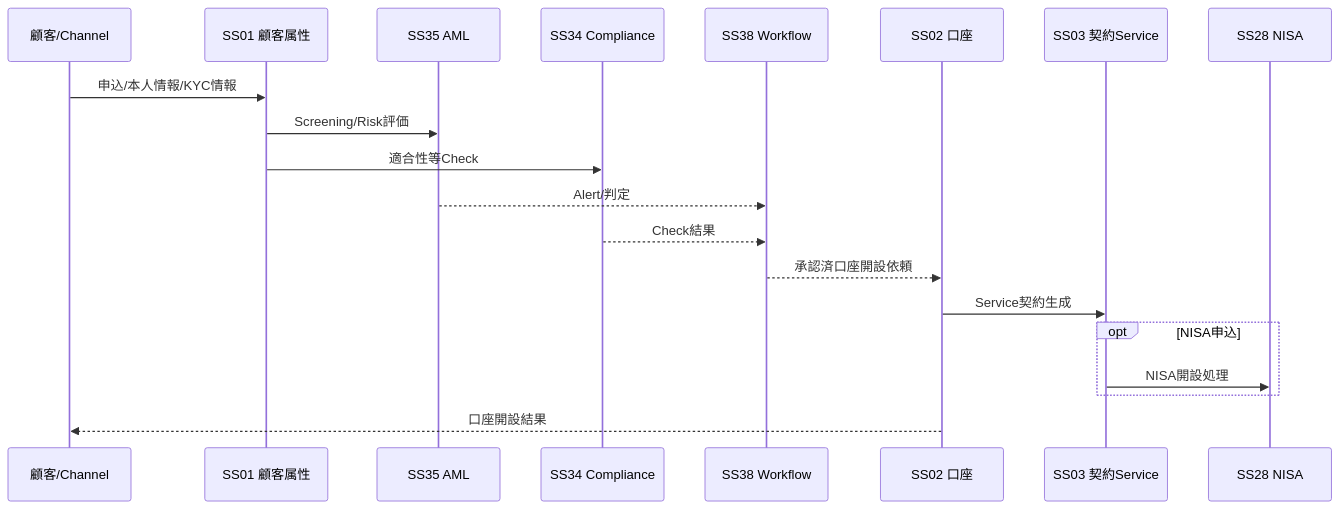
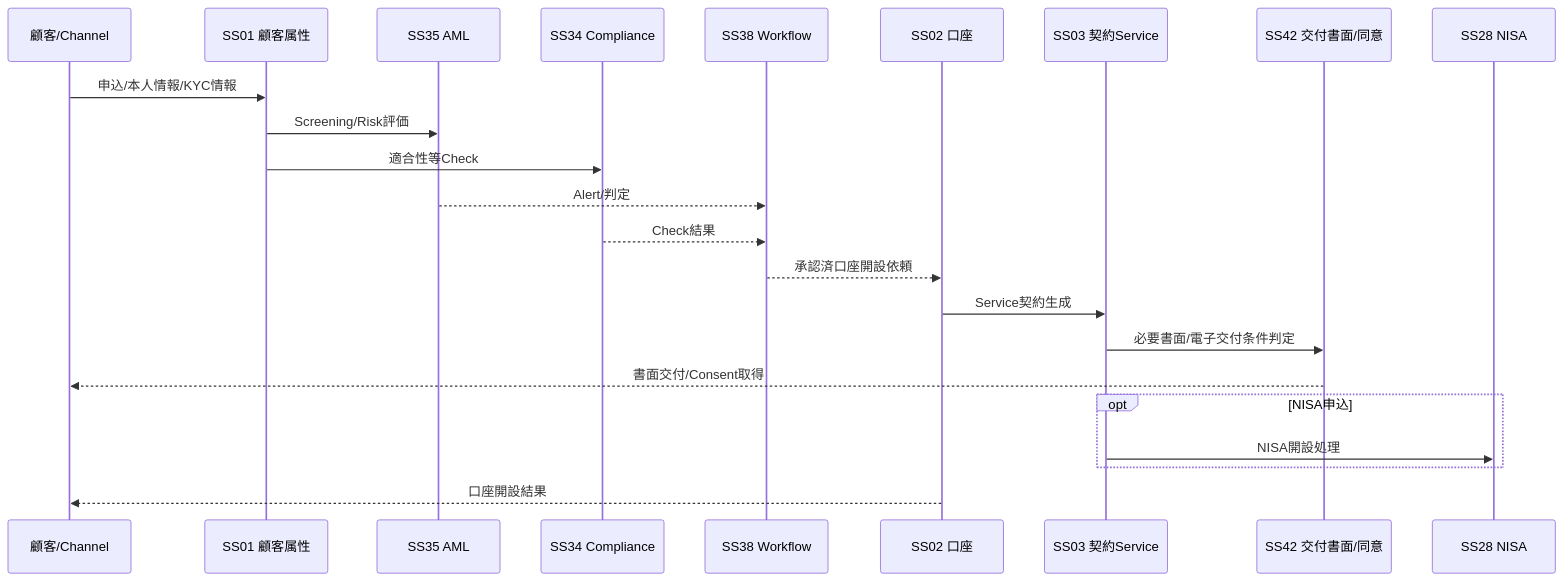
One commit to skyTreeCN/jp-securitie-skills changed the first of 5 diagrams in docs/01-architecture/END_TO_END_FLOW.md. Above: the diagram before and after it, drawn with Mermaid. The commit also changed other lines of this file, not shown here.

Commit message:
Update end-to-end flows for v0.4 architecture

````diff
--- a/docs/01-architecture/END_TO_END_FLOW.md
+++ b/docs/01-architecture/END_TO_END_FLOW.md
@@ -32,23 +33,26 @@
 ```mermaid
 sequenceDiagram
   participant C as 顧客/Channel
   participant A as SS01 顧客属性
   participant AML as SS35 AML
   participant COMP as SS34 Compliance
   participant W as SS38 Workflow
   participant AC as SS02 口座
   participant S as SS03 契約Service
+  participant D as SS42 交付書面/同意
   participant N as SS28 NISA
 
   C->>A: 申込/本人情報/KYC情報
   A->>AML: Screening/Risk評価
   A->>COMP: 適合性等Check
   AML-->>W: Alert/判定
   COMP-->>W: Check結果
   W-->>AC: 承認済口座開設依頼
   AC->>S: Service契約生成
+  S->>D: 必要書面/電子交付条件判定
+  D-->>C: 書面交付/Consent取得
   opt NISA申込
     S->>N: NISA開設処理
   end
   AC-->>C: 口座開設結果
 ```
````
